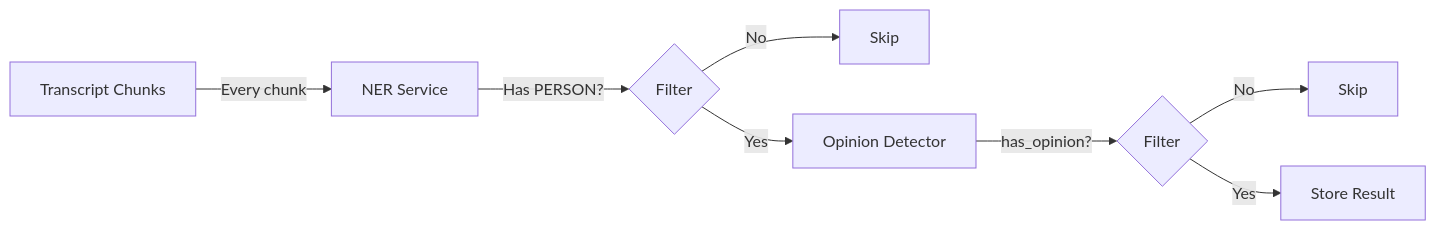
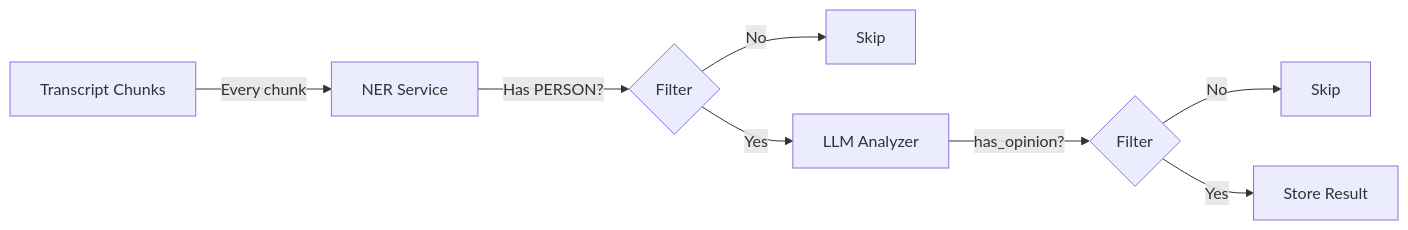
One commit to dremdem/media_rag_pipeline changed the fourth of 5 diagrams in docs/ARCHITECTURE.md. Above: the diagram before and after it, drawn with Mermaid. The commit also changed other lines of this file and 14 other files, not shown here.

First line of the commit message:
feat: add Q&A Semantic Segmenter and rename service to LLM Analyzer

````diff
--- a/docs/ARCHITECTURE.md
+++ b/docs/ARCHITECTURE.md
@@ -77,10 +78,10 @@
 ```mermaid
 graph LR
     A[Transcript Chunks] -->|Every chunk| B[NER Service]
     B -->|Has PERSON?| C{Filter}
     C -->|No| D[Skip]
-    C -->|Yes| E[Opinion Detector]
+    C -->|Yes| E[LLM Analyzer]
     E -->|has_opinion?| F{Filter}
     F -->|No| G[Skip]
     F -->|Yes| H[Store Result]
 ```
````
